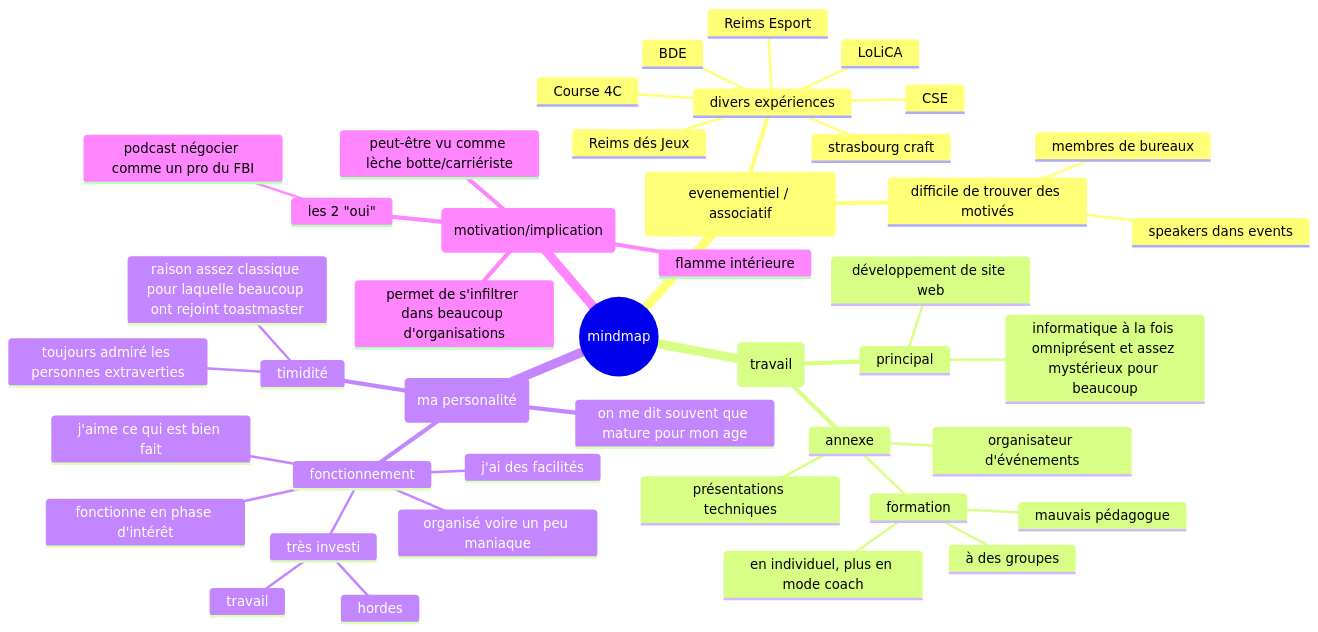
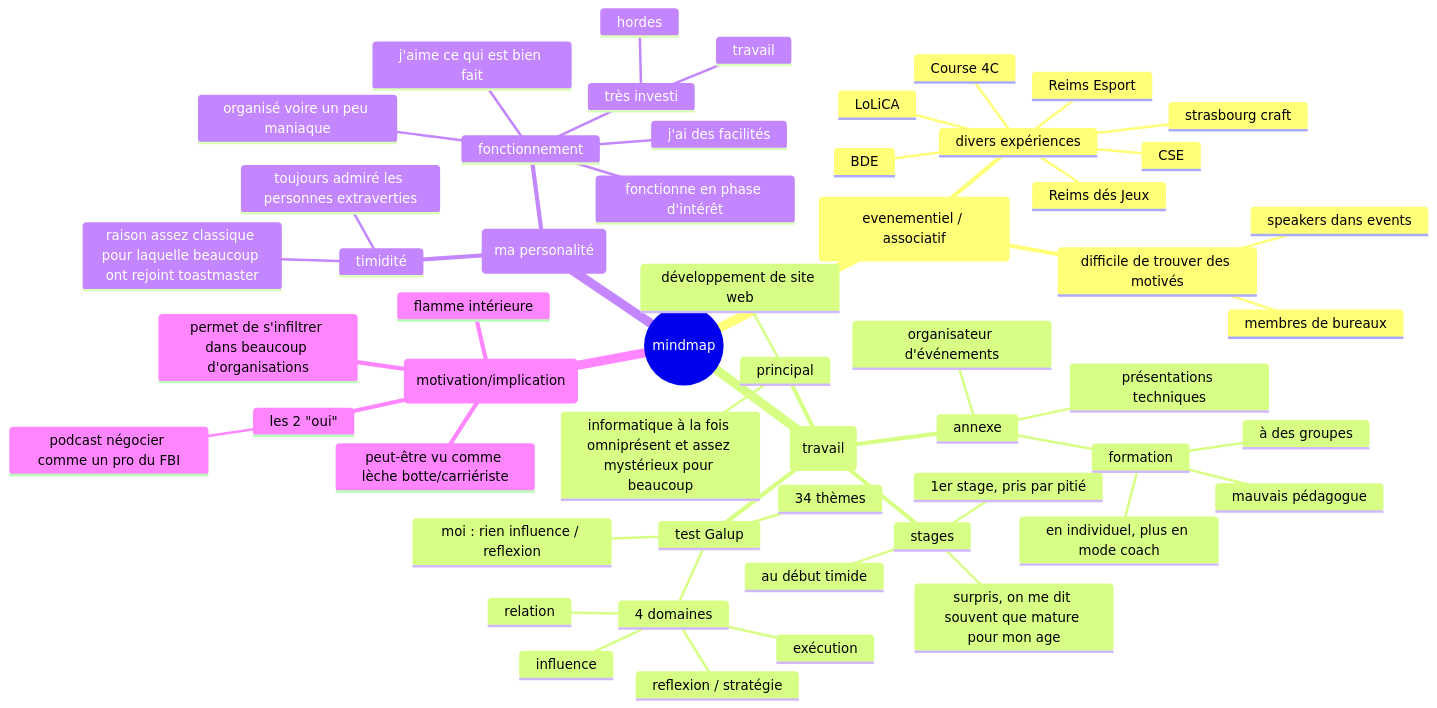
The second of 2 diagrams in 2023-11-09 discours bris de glace/mindmap.md (lou-theo/talks-toastmaster), drawn with Mermaid before and after one commit. The commit also changed other lines of this file, not shown here.

Commit message:
discours bris de glace: mis à jour de la mindmap, ajout d'un lien vers le live editor mermaid

````diff
--- a/2023-11-09 discours bris de glace/mindmap.md
+++ b/2023-11-09 discours bris de glace/mindmap.md
@@ -22,46 +24,57 @@
 ```mermaid
 mindmap
   root((mindmap))
     subroot(evenementiel / associatif)
       divers expériences
         BDE
         Reims dés Jeux
         LoLiCA
         Reims Esport
         Course 4C
         strasbourg craft
         CSE
       difficile de trouver des motivés
         speakers dans events
         membres de bureaux
     subroot(travail)
       principal
         informatique à la fois omniprésent et assez mystérieux pour beaucoup
         développement de site web
       annexe
         formation
           mauvais pédagogue
           à des groupes
           en individuel, plus en mode coach
         présentations techniques
         organisateur d'événements
+      test Galup
+        34 thèmes
+        4 domaines
+          exécution
+          influence
+          relation
+          reflexion / stratégie
+        moi : rien influence / reflexion
+      stages
+        au début timide
+        surpris, on me dit souvent que mature pour mon age
+        1er stage, pris par pitié
     subroot(ma personalité)
       fonctionnement
         fonctionne en phase d'intérêt
         j'aime ce qui est bien fait
         j'ai des facilités
         organisé voire un peu maniaque
         très investi
           hordes
           travail
       timidité
         toujours admiré les personnes extraverties
         raison assez classique pour laquelle beaucoup ont rejoint toastmaster
-      on me dit souvent que mature pour mon age
     subroot(motivation/implication)
       les 2 "oui"
         podcast négocier comme un pro du FBI
       permet de s'infiltrer dans beaucoup d'organisations
       flamme intérieure
       peut-être vu comme lèche botte/carriériste
 ```
````
